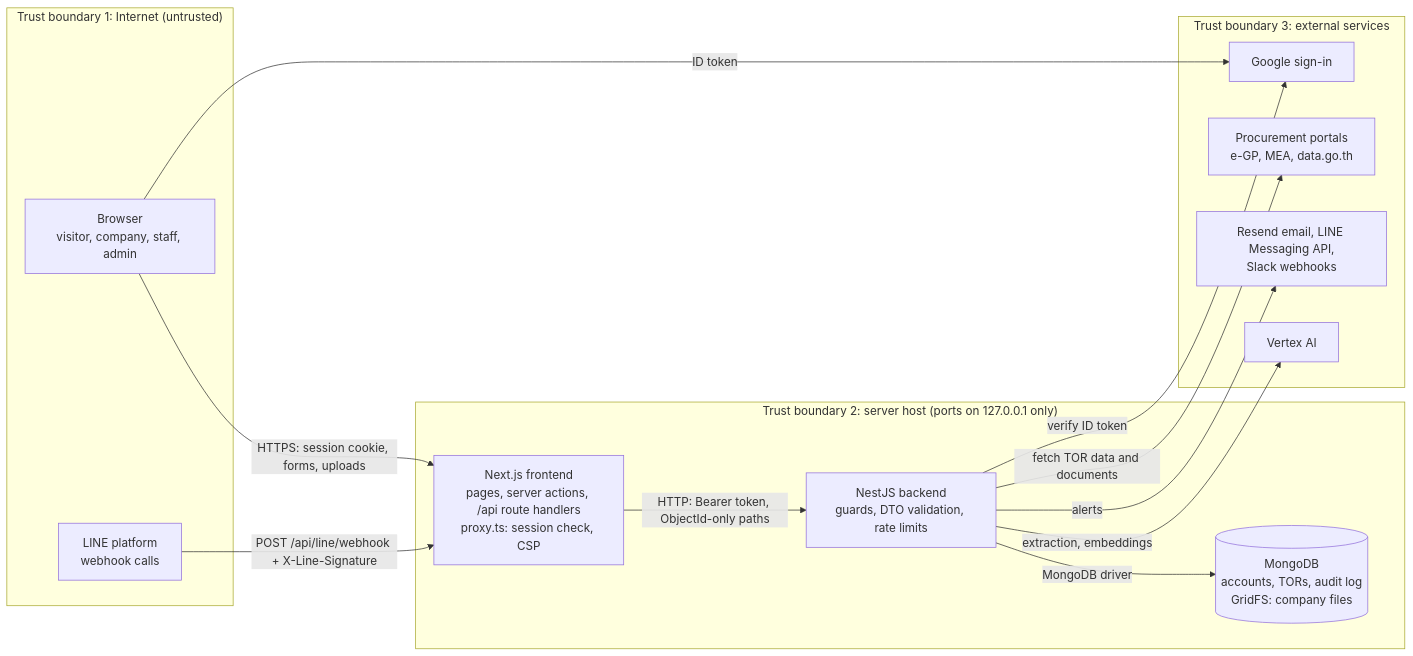
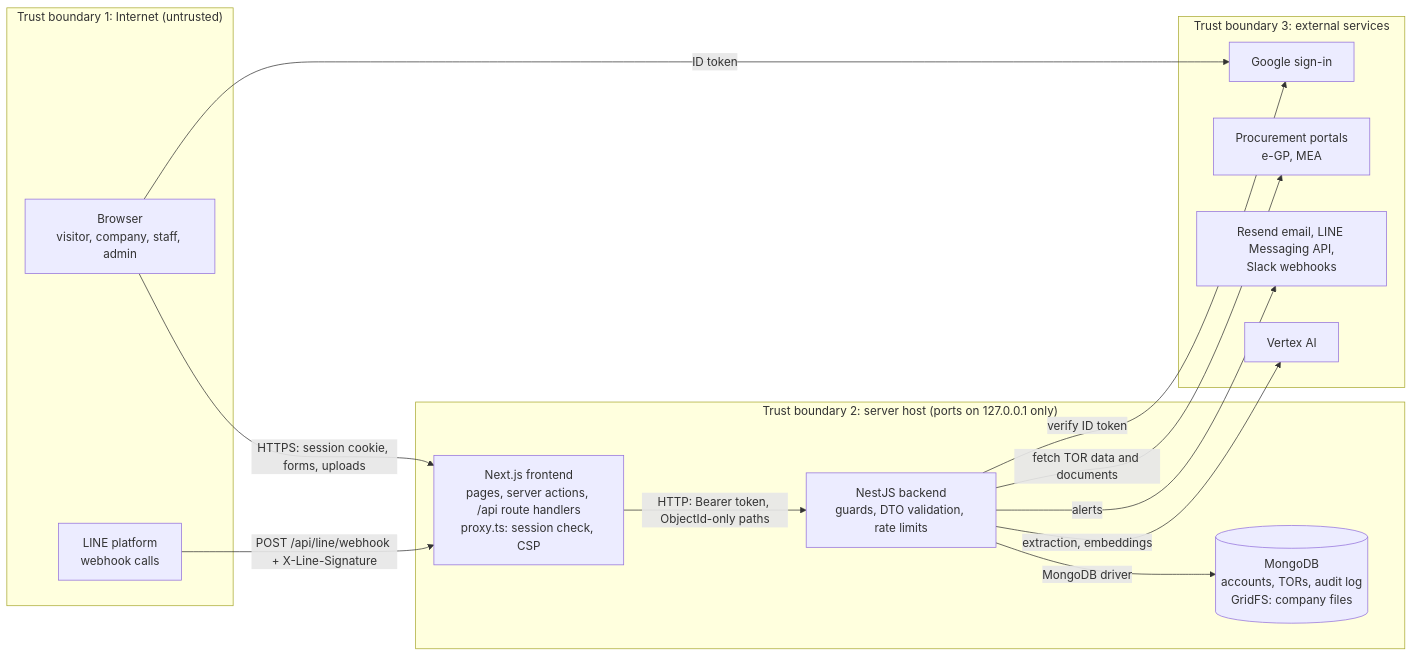
The diagram in docs/security/threat-model.md (PhomMaiWai/TorFinder), drawn with Mermaid before and after one commit. The commit also changed other lines of this file and 40 other files, not shown here.

````diff
--- a/docs/security/threat-model.md
+++ b/docs/security/threat-model.md
@@ -59,30 +59,30 @@
 ```mermaid
 flowchart LR
   subgraph internet["Trust boundary 1: Internet (untrusted)"]
     browser["Browser<br/>visitor, company, staff, admin"]
     linePlatform["LINE platform<br/>webhook calls"]
   end
 
   subgraph host["Trust boundary 2: server host (ports on 127.0.0.1 only)"]
     frontend["Next.js frontend<br/>pages, server actions, /api route handlers<br/>proxy.ts: session check, CSP"]
     backend["NestJS backend<br/>guards, DTO validation, rate limits"]
     mongo[("MongoDB<br/>accounts, TORs, audit log<br/>GridFS: company files")]
   end
 
   subgraph external["Trust boundary 3: external services"]
     google["Google sign-in"]
-    portals["Procurement portals<br/>e-GP, MEA, data.go.th"]
+    portals["Procurement portals<br/>e-GP, MEA"]
     notify["Resend email, LINE Messaging API,<br/>Slack webhooks"]
     vertex["Vertex AI"]
   end
 
   browser -- "HTTPS: session cookie, forms, uploads" --> frontend
   linePlatform -- "POST /api/line/webhook + X-Line-Signature" --> frontend
   frontend -- "HTTP: Bearer token, ObjectId-only paths" --> backend
   backend -- "MongoDB driver" --> mongo
   browser -- "ID token" --> google
   backend -- "verify ID token" --> google
   backend -- "fetch TOR data and documents" --> portals
   backend -- "alerts" --> notify
   backend -- "extraction, embeddings" --> vertex
 ```
````
